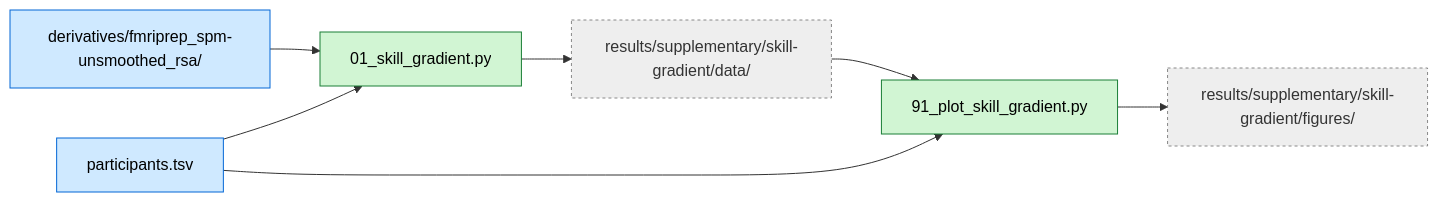
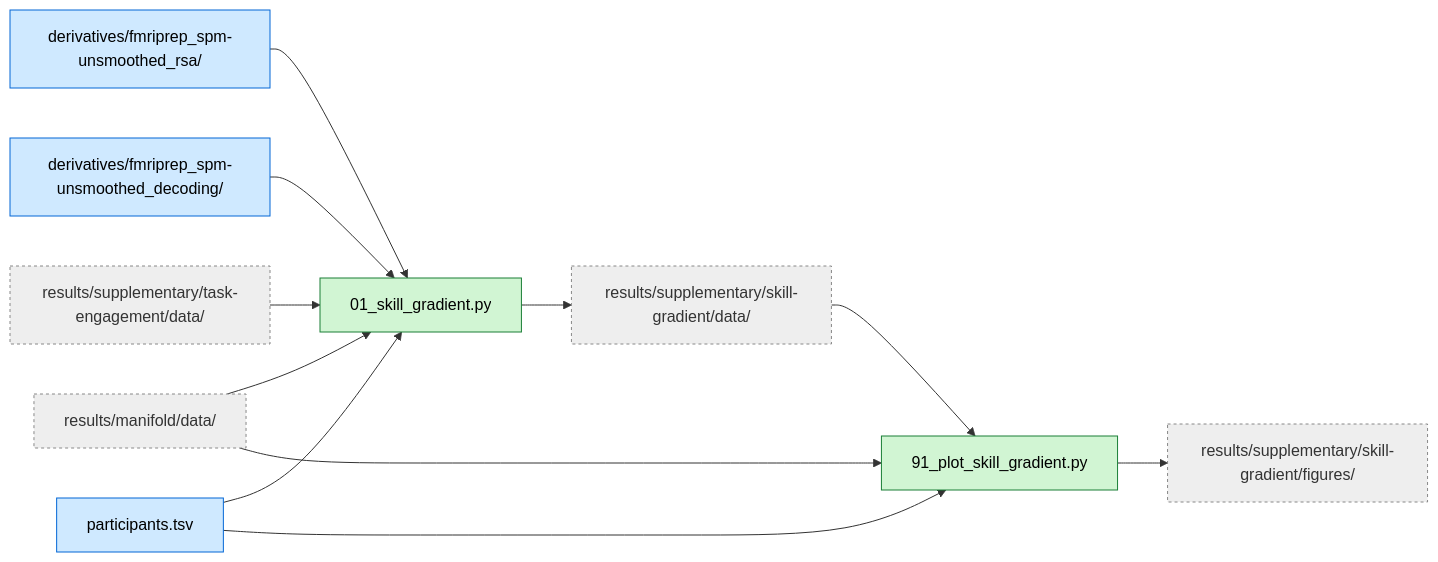
The diagram in chess-supplementary/skill-gradient/README.md (costantinoai/chess-expertise-2025), drawn with Mermaid before and after one commit. The commit also changed 4 other files, not shown here.

````diff
--- a/chess-supplementary/skill-gradient/README.md
+++ b/chess-supplementary/skill-gradient/README.md
@@ -24,21 +24,28 @@
 ```mermaid
 flowchart LR
   classDef in fill:#cfe9ff,stroke:#0366d6,color:#000
   classDef sc fill:#d1f5d3,stroke:#1a7f37,color:#000
   classDef rl fill:#eee,stroke:#888,stroke-dasharray:3 3,color:#333
 
   PT[participants.tsv]:::in
   MR[derivatives/fmriprep_spm-unsmoothed_rsa/]:::in
+  MD[derivatives/fmriprep_spm-unsmoothed_decoding/]:::in
+  MANDATA["results/manifold/data/"]:::rl
+  TASKDATA["results/supplementary/task-engagement/data/"]:::rl
 
   SG01["01_skill_gradient.py"]:::sc
   SG91["91_plot_skill_gradient.py"]:::sc
   DATA["results/supplementary/skill-gradient/data/"]:::rl
   FIGURES["results/supplementary/skill-gradient/figures/"]:::rl
 
   MR --> SG01
+  MD --> SG01
+  MANDATA --> SG01
+  TASKDATA --> SG01
   PT --> SG01
   SG01 --> DATA
 
   DATA --> SG91 --> FIGURES
+  MANDATA --> SG91
   PT --> SG91
 ```
````
